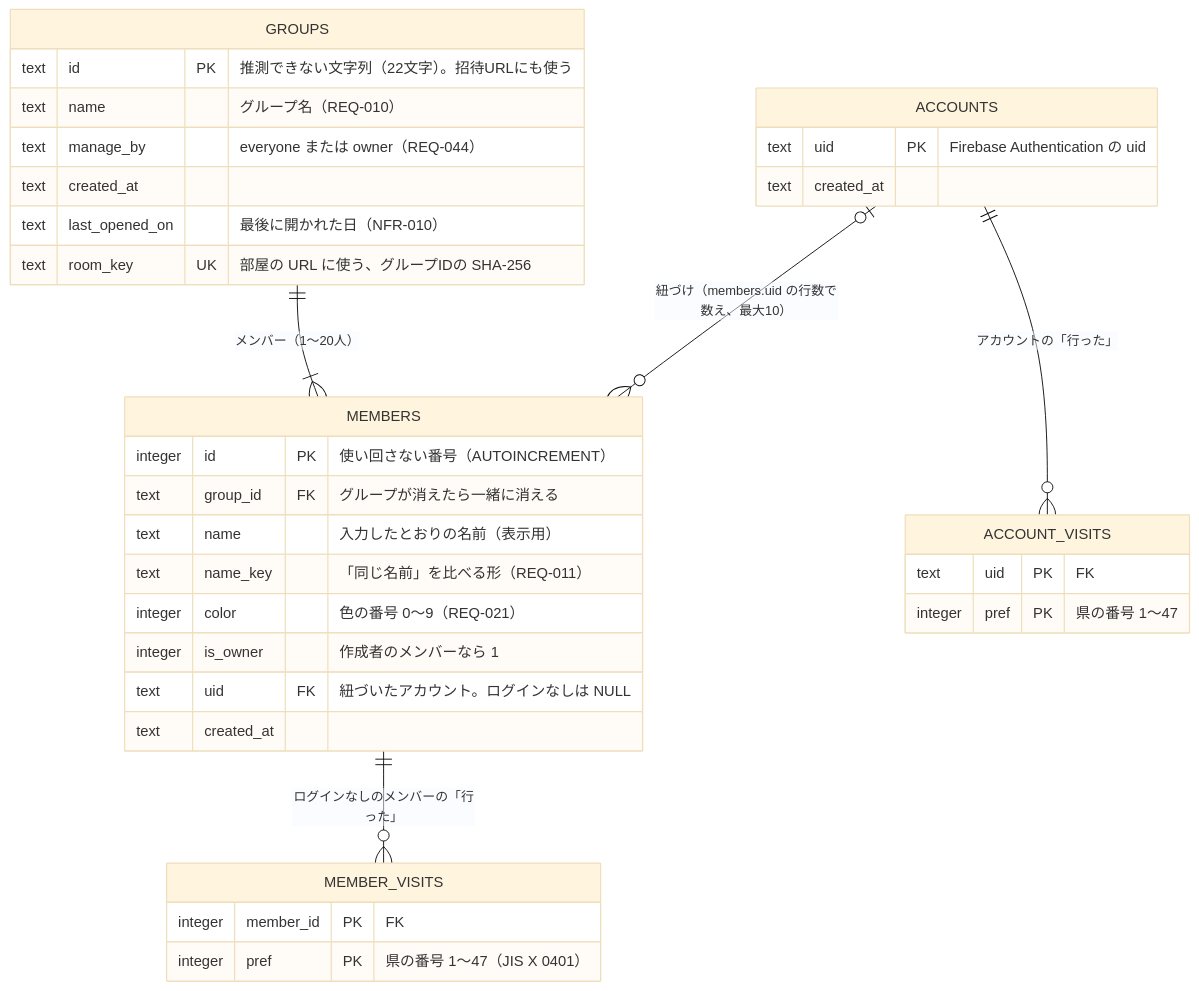
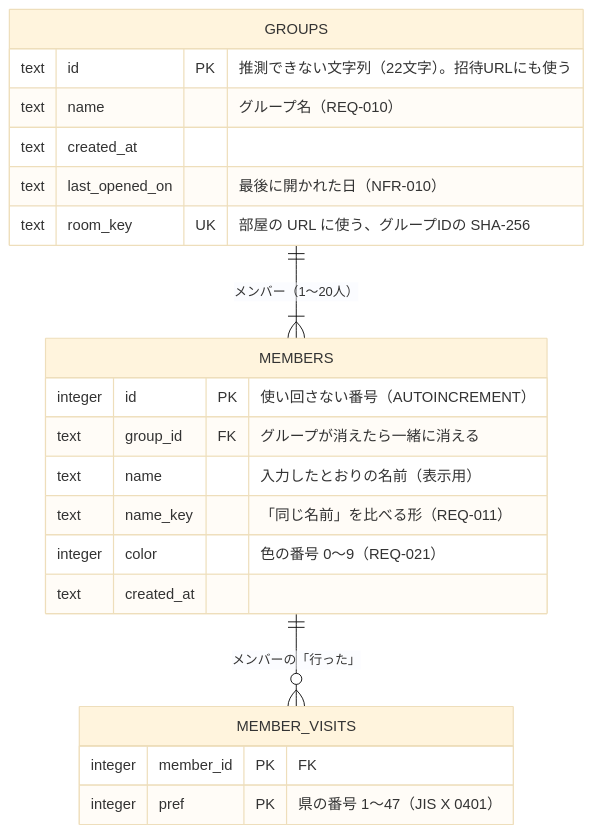
One commit to yuppy52/tabikaigi-map changed the diagram in docs/design/data-model.md. Above: the diagram before and after it, drawn with Mermaid (base theme). The commit also changed other lines of this file and 24 other files, not shown here.

````diff
--- a/docs/design/data-model.md
+++ b/docs/design/data-model.md
@@ -15,38 +15,25 @@
 ```mermaid
 erDiagram
   GROUPS ||--|{ MEMBERS : "メンバー（1〜20人）"
-  MEMBERS ||--o{ MEMBER_VISITS : "ログインなしのメンバーの「行った」"
-  ACCOUNTS |o--o{ MEMBERS : "紐づけ（members.uid の行数で数え、最大10）"
-  ACCOUNTS ||--o{ ACCOUNT_VISITS : "アカウントの「行った」"
+  MEMBERS ||--o{ MEMBER_VISITS : "メンバーの「行った」"
 
   GROUPS {
     text id PK "推測できない文字列（22文字）。招待URLにも使う"
     text name "グループ名（REQ-010）"
-    text manage_by "everyone または owner（REQ-044）"
     text created_at
     text last_opened_on "最後に開かれた日（NFR-010）"
     text room_key UK "部屋の URL に使う、グループIDの SHA-256"
   }
   MEMBERS {
     integer id PK "使い回さない番号（AUTOINCREMENT）"
     text group_id FK "グループが消えたら一緒に消える"
     text name "入力したとおりの名前（表示用）"
     text name_key "「同じ名前」を比べる形（REQ-011）"
     integer color "色の番号 0〜9（REQ-021）"
-    integer is_owner "作成者のメンバーなら 1"
-    text uid FK "紐づいたアカウント。ログインなしは NULL"
     text created_at
   }
   MEMBER_VISITS {
     integer member_id PK "FK"
     integer pref PK "県の番号 1〜47（JIS X 0401）"
   }
-  ACCOUNTS {
-    text uid PK "Firebase Authentication の uid"
-    text created_at
-  }
-  ACCOUNT_VISITS {
-    text uid PK "FK"
-    integer pref PK "県の番号 1〜47"
-  }
 ```
````
